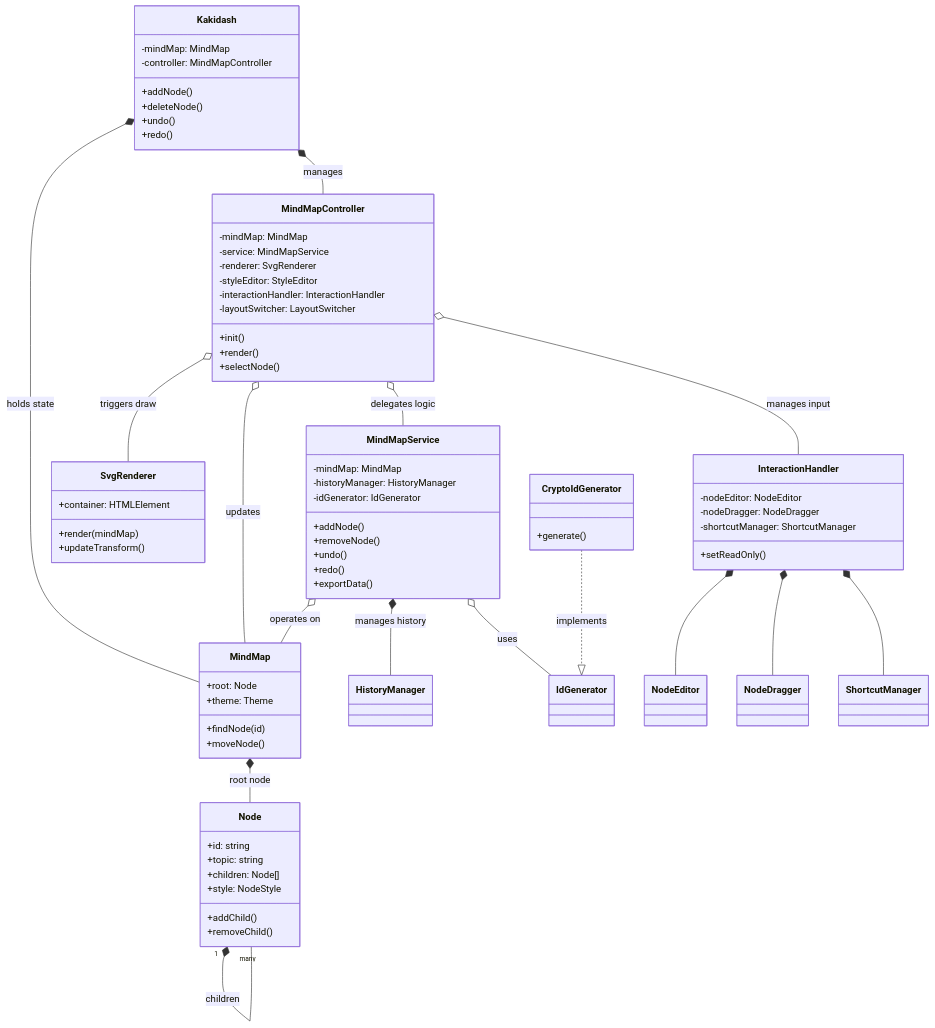
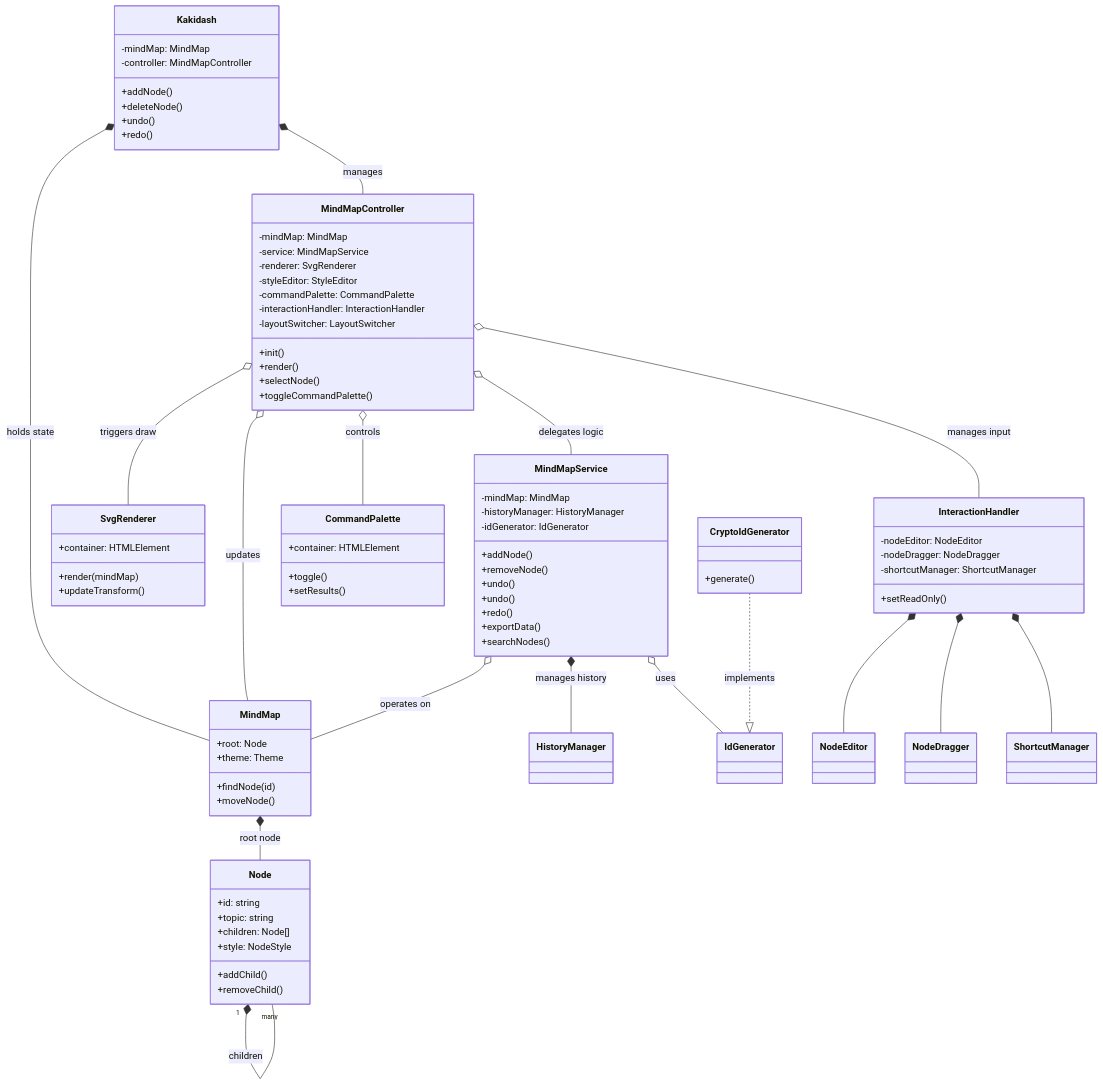
The second of 6 diagrams in docs/SOFTWARE_ARCHITECTURE.md (hiroooo000/kaki-dash), drawn with Mermaid before and after one commit. The commit also changed other lines of this file and 17 other files, not shown here.

Commit message:
feat: implement search command palette and update docs

```diff
--- a/docs/SOFTWARE_ARCHITECTURE.md
+++ b/docs/SOFTWARE_ARCHITECTURE.md
@@ -64,11 +65,13 @@
         -service: MindMapService
         -renderer: SvgRenderer
         -styleEditor: StyleEditor
+        -commandPalette: CommandPalette
         -interactionHandler: InteractionHandler
         -layoutSwitcher: LayoutSwitcher
         +init()
         +render()
         +selectNode()
+        +toggleCommandPalette()
     }
 
     class MindMapService {
@@ -78,8 +81,10 @@
         +addNode()
         +removeNode()
         +undo()
+        +undo()
         +redo()
         +exportData()
+        +searchNodes()
     }
 
     class MindMap {
@@ -111,6 +116,12 @@
         +setReadOnly()
     }
 
+    class CommandPalette {
+        +container: HTMLElement
+        +toggle()
+        +setResults()
+    }
+
     class CryptoIdGenerator {
         +generate()
     }
@@ -122,6 +133,7 @@
     MindMapController o-- MindMap : updates
     MindMapController o-- MindMapService : delegates logic
     MindMapController o-- SvgRenderer : triggers draw
+    MindMapController o-- CommandPalette : controls
     MindMapController o-- InteractionHandler : manages input
     
     MindMapService o-- MindMap : operates on
```
